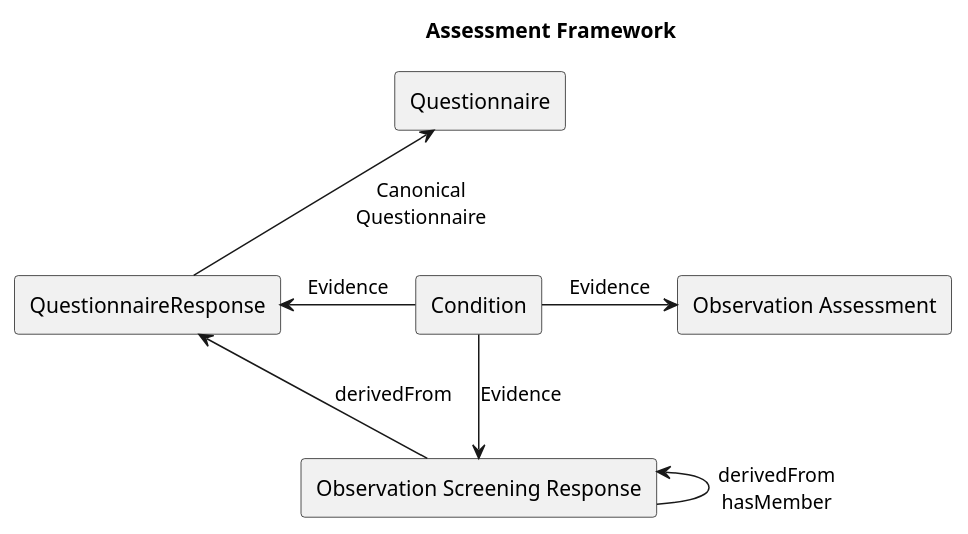
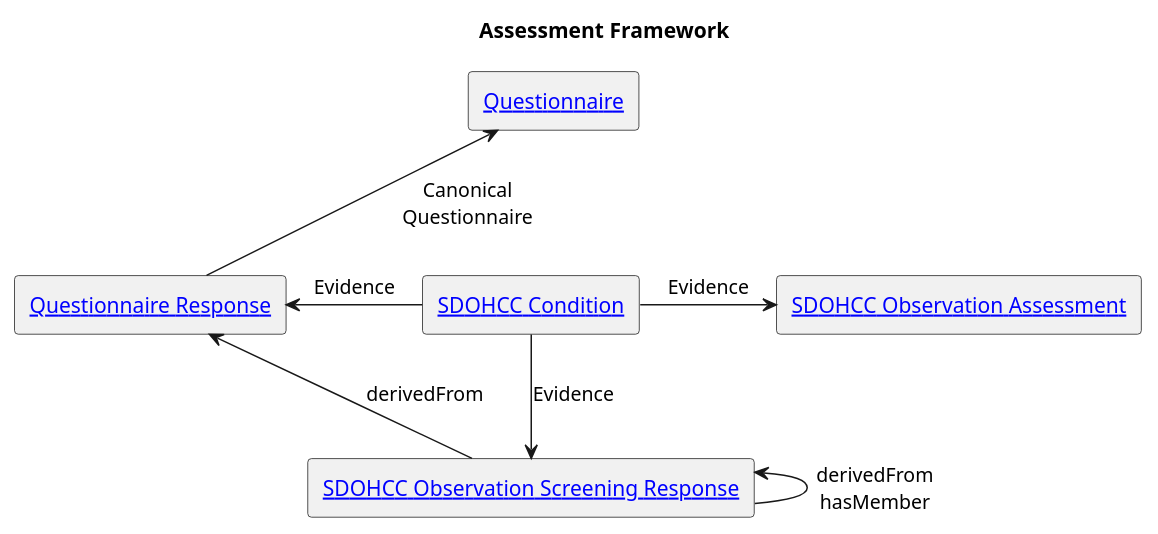
One commit to HL7/fhir-sdoh-clinicalcare changed the diagram in input/images-source/AssessmentFramework.plantuml. Above: the diagram before and after it, drawn with PlantUML. The commit also changed 21 other files, not shown here.

Commit message:
Additional Diagram updates

```diff
--- a/input/images-source/AssessmentFramework.plantuml
+++ b/input/images-source/AssessmentFramework.plantuml
@@ -1,20 +1,20 @@
 @startuml
 
 title "Assessment Framework"
 
-agent "Questionnaire" as Q
-agent  "QuestionnaireResponse" as QR
-agent  "Observation Assessment" as OA
-agent  "Observation Screening Response" as OSR
-agent  "Condition" as C
+agent "[[https://hl7.org/fhir/R4/questionnaire.html Questionnaire]]" as Q
+agent  "[[https://hl7.org/fhir/R4/questionnaireresponse.html Questionnaire Response]]" as QR
+agent  "[[StructureDefinition-SDOHCC-ObservationAssessment.html SDOHCC Observation Assessment]]" as OA
+agent  "[[StructureDefinition-SDOHCC-ObservationScreeningResponse.html SDOHCC Observation Screening Response]]" as OSR
+agent  "[[StructureDefinition-SDOHCC-Condition.html SDOHCC Condition]]" as C
 
 Q -[hidden]r-> OA : hidden link to ensure OA is rendered after Q
 QR -u-> Q : Canonical\nQuestionnaire
 OSR -l-> QR : derivedFrom
 OSR -u-> OSR : derivedFrom\nhasMember
 C -d-> OSR : Evidence
 C -l-> QR : Evidence
 OSR -[hidden]u-> OA : hidden link to ensure OA is rendered after OSR
 C -> OA : Evidence
 
 @enduml
```
